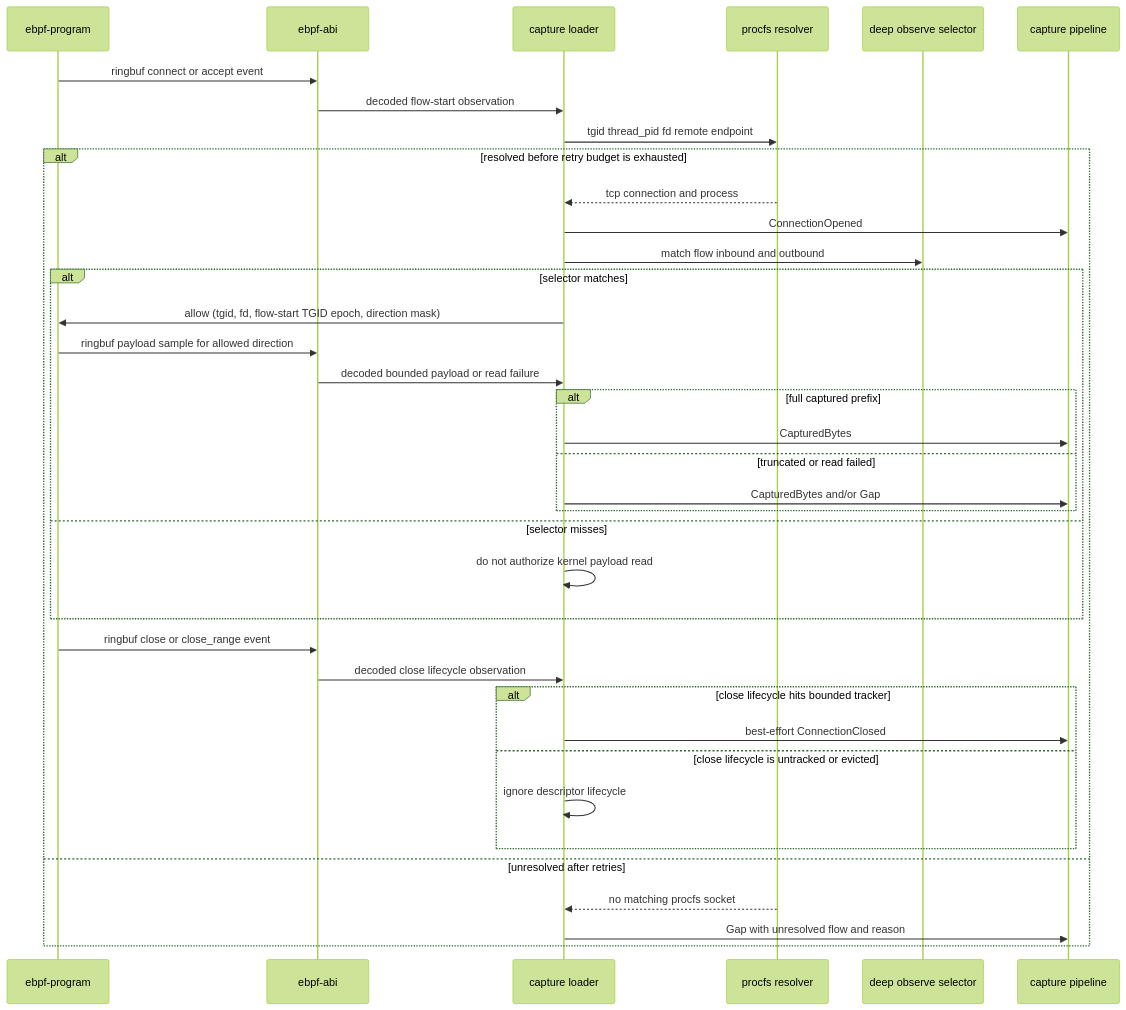
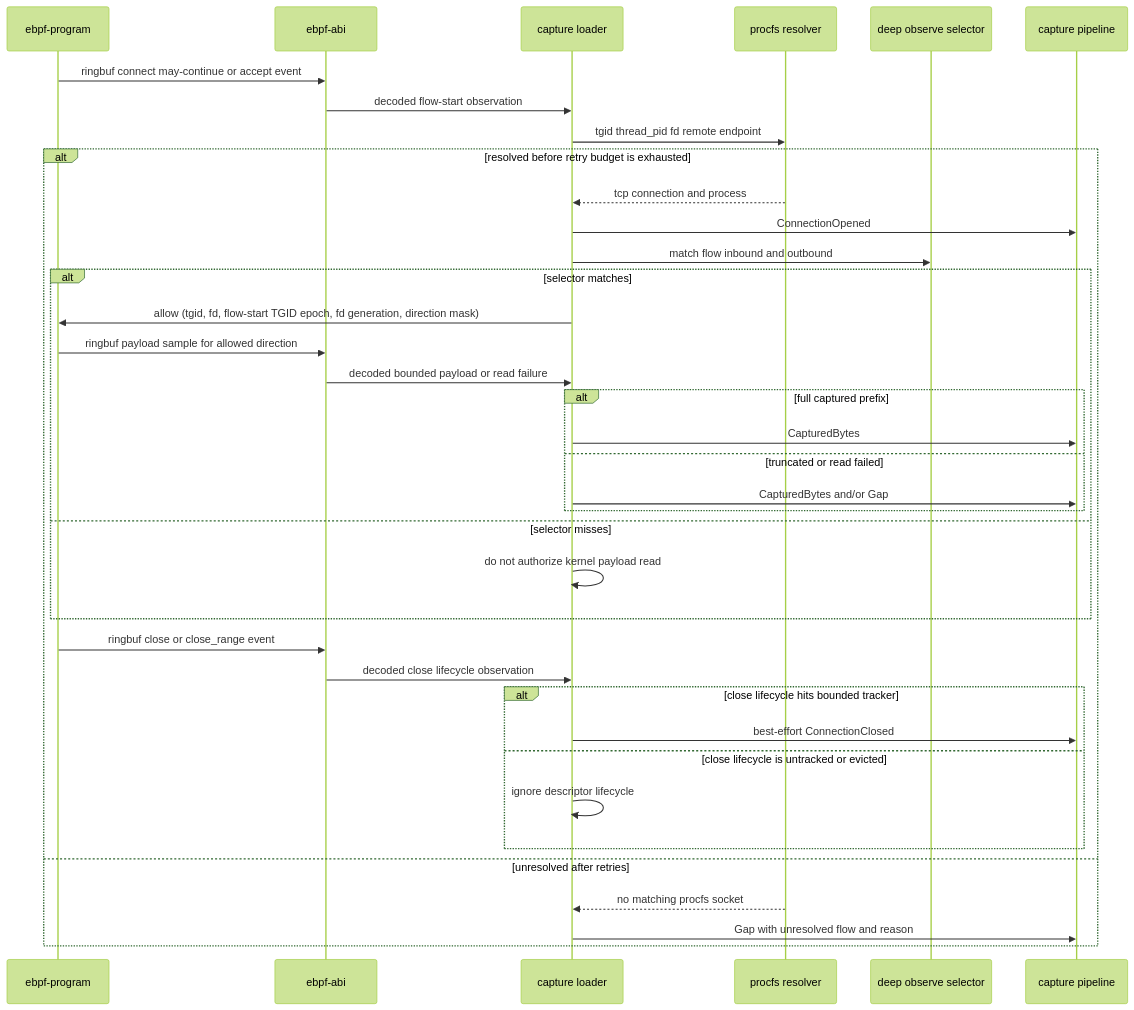
One commit to M4n5ter/probe changed the third of 7 diagrams in docs/design.md. Above: the diagram before and after it, drawn with Mermaid (forest theme). The commit also changed other lines of this file and 8 other files, not shown here.

Commit message:
Stabilize eBPF process flow lifecycle

````diff
--- a/docs/design.md
+++ b/docs/design.md
@@ -1471,40 +1471,40 @@
 ```mermaid
 sequenceDiagram
     participant Program as ebpf-program
     participant Abi as ebpf-abi
     participant Loader as capture loader
     participant Resolver as procfs resolver
     participant Selector as deep observe selector
     participant Pipeline as capture pipeline
 
-    Program->>Abi: ringbuf connect or accept event
+    Program->>Abi: ringbuf connect may-continue or accept event
     Abi->>Loader: decoded flow-start observation
     Loader->>Resolver: tgid thread_pid fd remote endpoint
     alt resolved before retry budget is exhausted
         Resolver-->>Loader: tcp connection and process
         Loader->>Pipeline: ConnectionOpened
         Loader->>Selector: match flow inbound and outbound
         alt selector matches
-            Loader->>Program: allow (tgid, fd, flow-start TGID epoch, direction mask)
+            Loader->>Program: allow (tgid, fd, flow-start TGID epoch, fd generation, direction mask)
             Program->>Abi: ringbuf payload sample for allowed direction
             Abi->>Loader: decoded bounded payload or read failure
             alt full captured prefix
                 Loader->>Pipeline: CapturedBytes
             else truncated or read failed
                 Loader->>Pipeline: CapturedBytes and/or Gap
             end
         else selector misses
             Loader->>Loader: do not authorize kernel payload read
         end
         Program->>Abi: ringbuf close or close_range event
         Abi->>Loader: decoded close lifecycle observation
         alt close lifecycle hits bounded tracker
             Loader->>Pipeline: best-effort ConnectionClosed
         else close lifecycle is untracked or evicted
             Loader->>Loader: ignore descriptor lifecycle
         end
     else unresolved after retries
         Resolver-->>Loader: no matching procfs socket
         Loader->>Pipeline: Gap with unresolved flow and reason
     end
 ```
````
